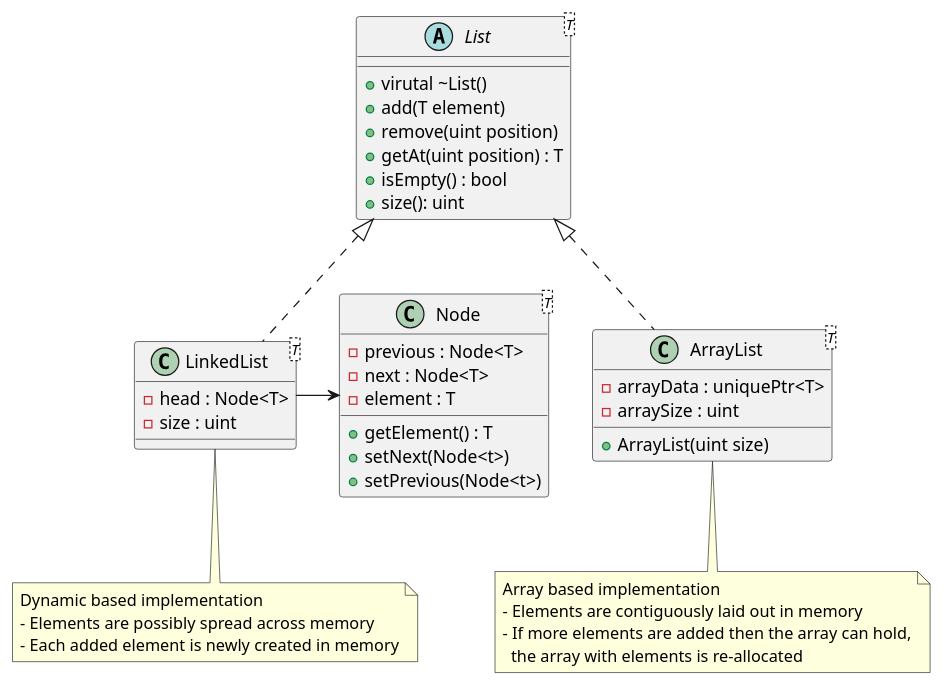
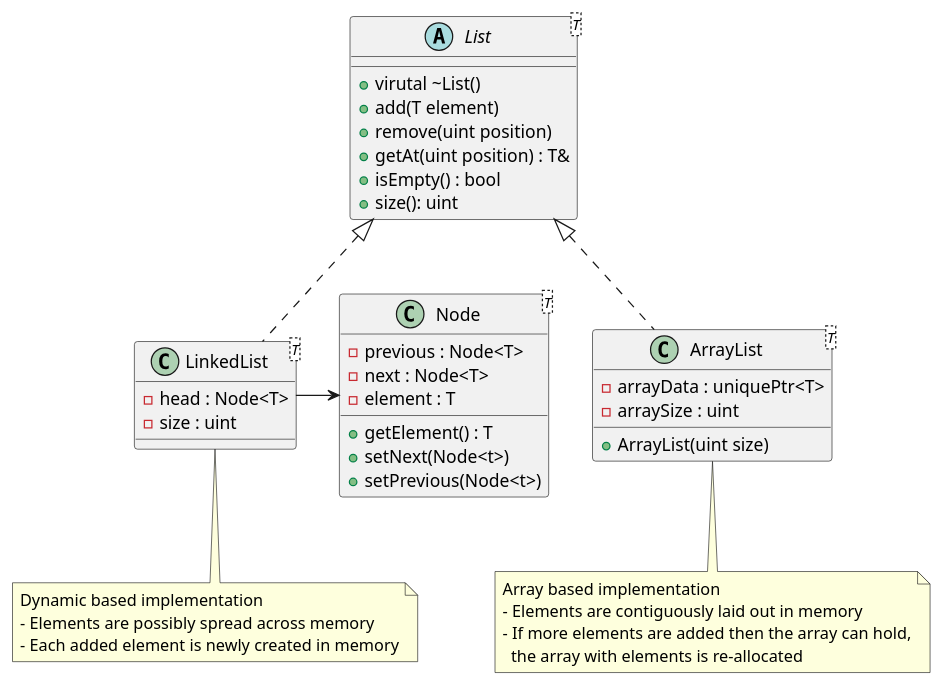
One commit to SupaGait/AlgorithmsTesting changed the diagram in Lists/List.puml. Above: the diagram before and after it, drawn with PlantUML. The commit also changed 4 other files, not shown here.

```diff
--- a/Lists/List.puml
+++ b/Lists/List.puml
@@ -1,49 +1,49 @@
 @startuml
 
 
 abstract List<T>{
  + virutal ~List()
  + add(T element)
  + remove(uint position)
- + getAt(uint position) : T
+ + getAt(uint position) : T&
  + isEmpty() : bool
  + size(): uint
 }
 
 class ArrayList<T>{
     - arrayData : uniquePtr<T>
     - arraySize : uint
     + ArrayList(uint size)
 }
 note bottom of ArrayList
 Array based implementation
 - Elements are contiguously laid out in memory
 - If more elements are added then the array can hold,
   the array with elements is re-allocated
 end note
 
 class LinkedList<T>{
     - head : Node<T>
     - size : uint
 }
 note bottom of LinkedList
 Dynamic based implementation
 - Elements are possibly spread across memory
 - Each added element is newly created in memory
 end note
 
 class Node<T>{
     - previous : Node<T>
     - next : Node<T>
     - element : T
 
     + getElement() : T
     + setNext(Node<t>)
     + setPrevious(Node<t>)
 }
 
 List <|.. ArrayList
 List <|.. LinkedList
 LinkedList -> Node
 
 @enduml
```
